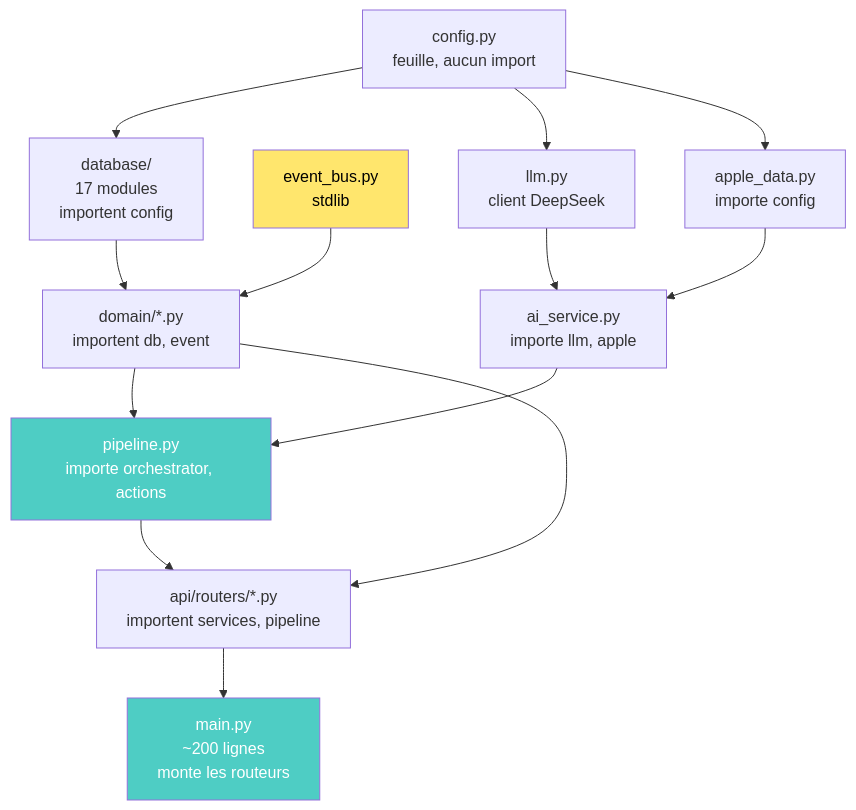
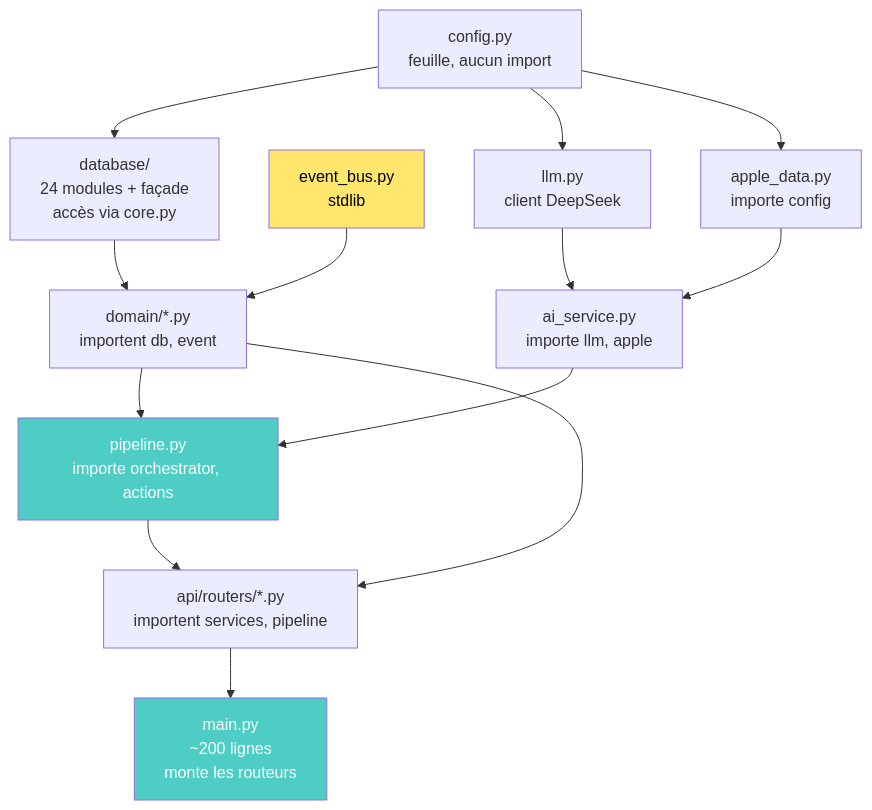
One commit to AVTAVANTTOUT2/JarvisAPI changed the third of 3 diagrams in Architecture/08_ARCHITECTURE_CIBLE.md. Above: the diagram before and after it, drawn with Mermaid. The commit also changed 17 other files, not shown here.

````diff
--- a/Architecture/08_ARCHITECTURE_CIBLE.md
+++ b/Architecture/08_ARCHITECTURE_CIBLE.md
@@ -214,33 +214,33 @@
 ```mermaid
 graph TB
     CONFIG["config.py<br/>feuille, aucun import"]
     EVENT["event_bus.py<br/>stdlib"]
-    DB["database/<br/>17 modules<br/>importent config"]
+    DB["database/<br/>24 modules + façade<br/>accès via core.py"]
     LLM_CLIENT["llm.py<br/>client DeepSeek"]
 
     SERVICES["domain/*.py<br/>importent db, event"]
     APPLE["apple_data.py<br/>importe config"]
     AI["ai_service.py<br/>importe llm, apple"]
 
     PIPELINE["pipeline.py<br/>importe orchestrator, actions"]
     ROUTERS["api/routers/*.py<br/>importent services, pipeline"]
 
     MAIN["main.py<br/>~200 lignes<br/>monte les routeurs"]
 
     CONFIG --> DB
     CONFIG --> LLM_CLIENT
     CONFIG --> APPLE
     DB --> SERVICES
     EVENT --> SERVICES
     LLM_CLIENT --> AI
     APPLE --> AI
     SERVICES --> PIPELINE
     AI --> PIPELINE
     PIPELINE --> ROUTERS
     SERVICES --> ROUTERS
     ROUTERS --> MAIN
 
     style MAIN fill:#4ecdc4,color:#fff
     style PIPELINE fill:#4ecdc4,color:#fff
     style EVENT fill:#ffe66d,color:#000
 ```
````
